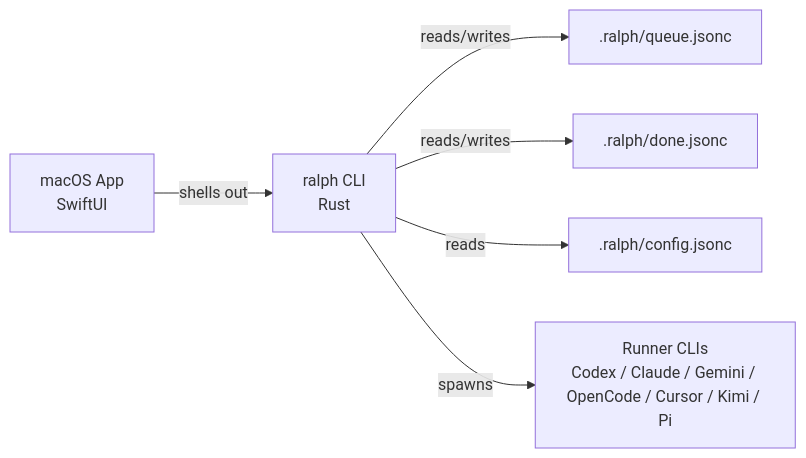
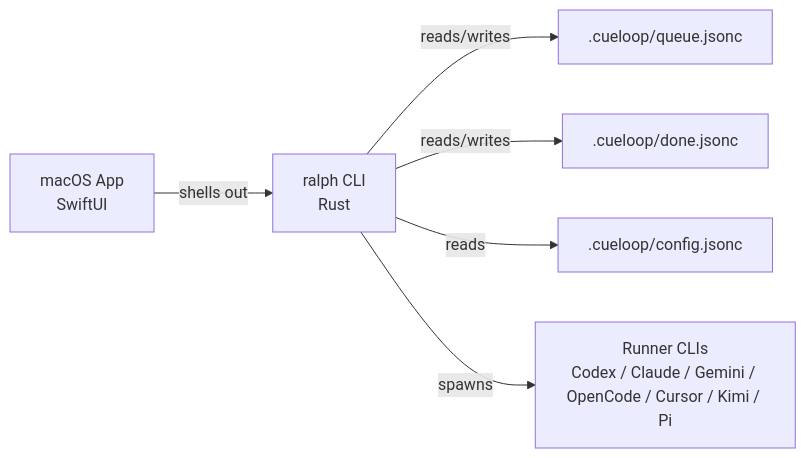
Before and after one commit to fitchmultz/cueloop: the diagram in README.md, drawn with Mermaid. The commit also changed other lines of this file and 107 other files, not shown here.

````diff
--- a/README.md
+++ b/README.md
@@ -54,8 +56,8 @@
 ```mermaid
 flowchart LR
   APP["macOS App<br>SwiftUI"] -->|shells out| CLI["ralph CLI<br>Rust"]
-  CLI -->|reads/writes| QUEUE[.ralph/queue.jsonc]
-  CLI -->|reads/writes| DONE[.ralph/done.jsonc]
-  CLI -->|reads| CONFIG[.ralph/config.jsonc]
+  CLI -->|reads/writes| QUEUE[.cueloop/queue.jsonc]
+  CLI -->|reads/writes| DONE[.cueloop/done.jsonc]
+  CLI -->|reads| CONFIG[.cueloop/config.jsonc]
   CLI -->|spawns| RUNNERS["Runner CLIs<br>Codex / Claude / Gemini / OpenCode / Cursor / Kimi / Pi"]
 ```
````
